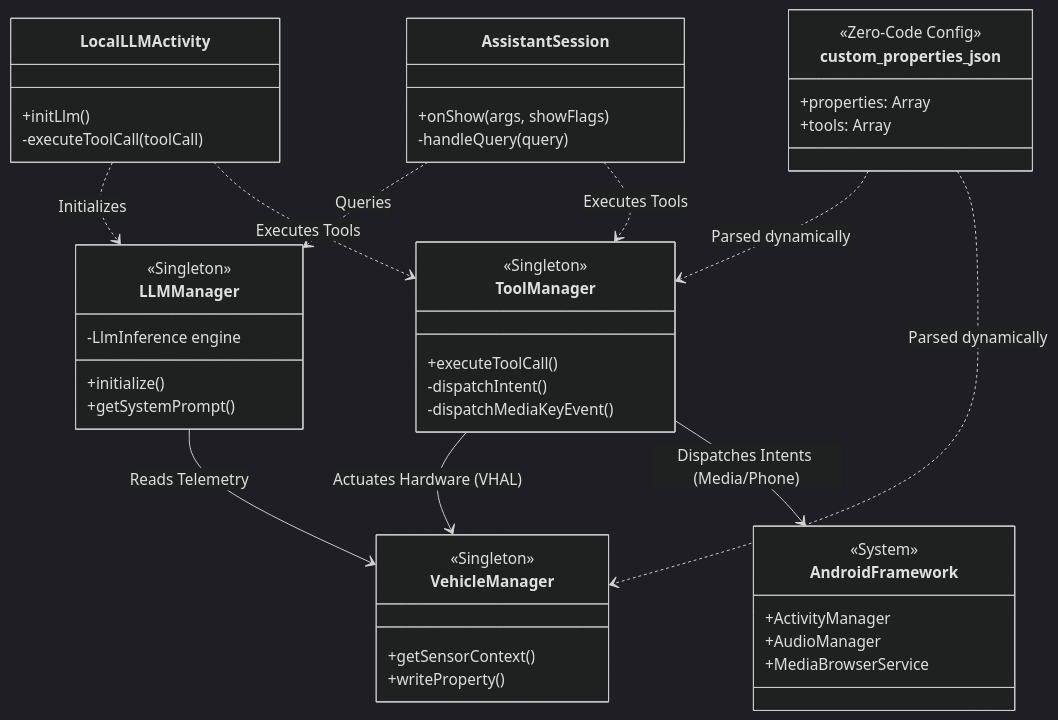
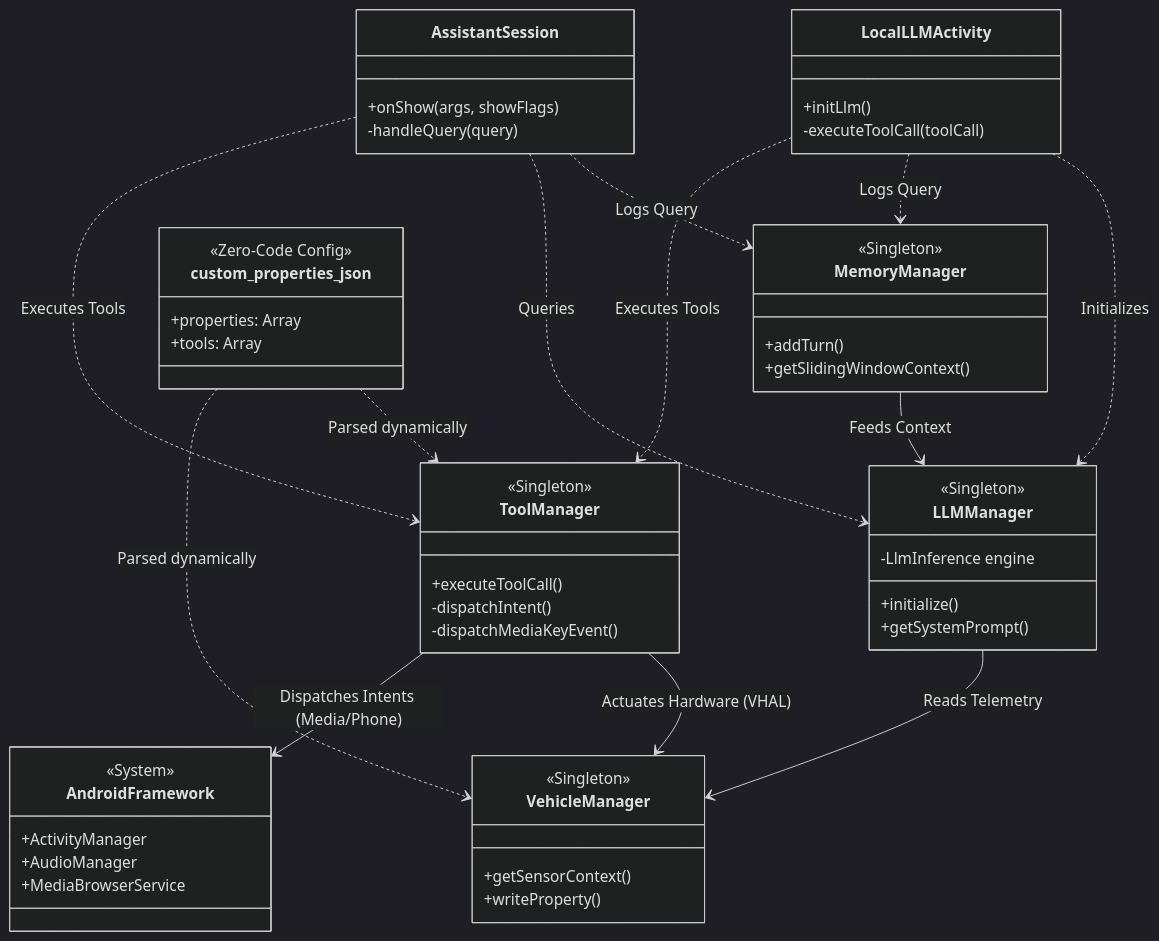
The fourth of 4 diagrams in ARCHITECTURE.md (hemangpandhi/ai-assistant), drawn with Mermaid (dark theme) before and after one commit. The commit also changed other lines of this file, not shown here.

Commit message:
docs: explicitly add Vosk WakeWord and MemoryManager components to architecture diagrams

````diff
--- a/ARCHITECTURE.md
+++ b/ARCHITECTURE.md
@@ -156,56 +161,65 @@
 ```mermaid
 classDiagram
     class LocalLLMActivity {
         +initLlm()
         -executeToolCall(toolCall)
     }
 
     class AssistantSession {
         +onShow(args, showFlags)
         -handleQuery(query)
     }
 
     class LLMManager {
         <<Singleton>>
         -LlmInference engine
         +initialize()
         +getSystemPrompt()
     }
 
     class ToolManager {
         <<Singleton>>
         +executeToolCall()
         -dispatchIntent()
         -dispatchMediaKeyEvent()
     }
 
+    class MemoryManager {
+        <<Singleton>>
+        +addTurn()
+        +getSlidingWindowContext()
+    }
+
     class VehicleManager {
         <<Singleton>>
         +getSensorContext()
         +writeProperty()
     }
 
     class AndroidFramework {
         <<System>>
         +ActivityManager
         +AudioManager
         +MediaBrowserService
     }
 
     class custom_properties_json {
         <<Zero-Code Config>>
         +properties: Array
         +tools: Array
     }
     
     %% Relationships
     LocalLLMActivity ..> LLMManager : Initializes
+    AssistantSession ..> MemoryManager : Logs Query
+    LocalLLMActivity ..> MemoryManager : Logs Query
+    MemoryManager --> LLMManager : Feeds Context
     AssistantSession ..> LLMManager : Queries
     LocalLLMActivity ..> ToolManager : Executes Tools
     AssistantSession ..> ToolManager : Executes Tools
     ToolManager --> VehicleManager : Actuates Hardware (VHAL)
     ToolManager --> AndroidFramework : Dispatches Intents (Media/Phone)
     LLMManager --> VehicleManager : Reads Telemetry
     custom_properties_json ..> ToolManager : Parsed dynamically
     custom_properties_json ..> VehicleManager : Parsed dynamically
 ```
````
